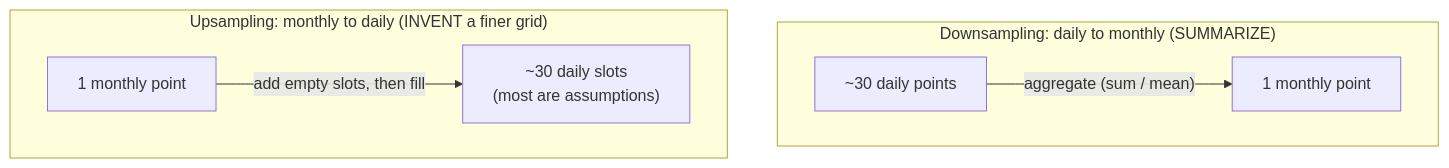
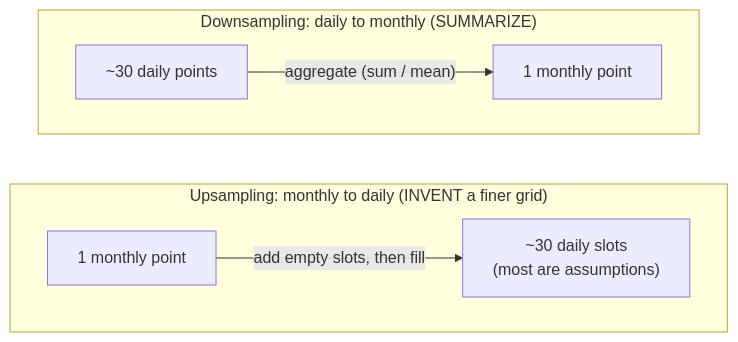
Before and after one commit to dataslope/dataslope: the diagram in content/courses/time-series-analysis-python/resampling-and-aggregation.mdx, drawn with Mermaid. The commit also changed other lines of this file and 2180 other files, not shown here.

````diff
--- a/content/courses/time-series-analysis-python/resampling-and-aggregation.mdx
+++ b/content/courses/time-series-analysis-python/resampling-and-aggregation.mdx
@@ -12,11 +12,12 @@
 ```mermaid
 flowchart TB
     subgraph DOWN["Downsampling: daily to monthly (SUMMARIZE)"]
         direction LR
         D1["~30 daily points"] -->|"aggregate (sum / mean)"| D2["1 monthly point"]
     end
     subgraph UP["Upsampling: monthly to daily (INVENT a finer grid)"]
         direction LR
         U1["1 monthly point"] -->|"add empty slots, then fill"| U2["~30 daily slots<br/>(most are assumptions)"]
     end
+    DOWN ~~~ UP
 ```
````
